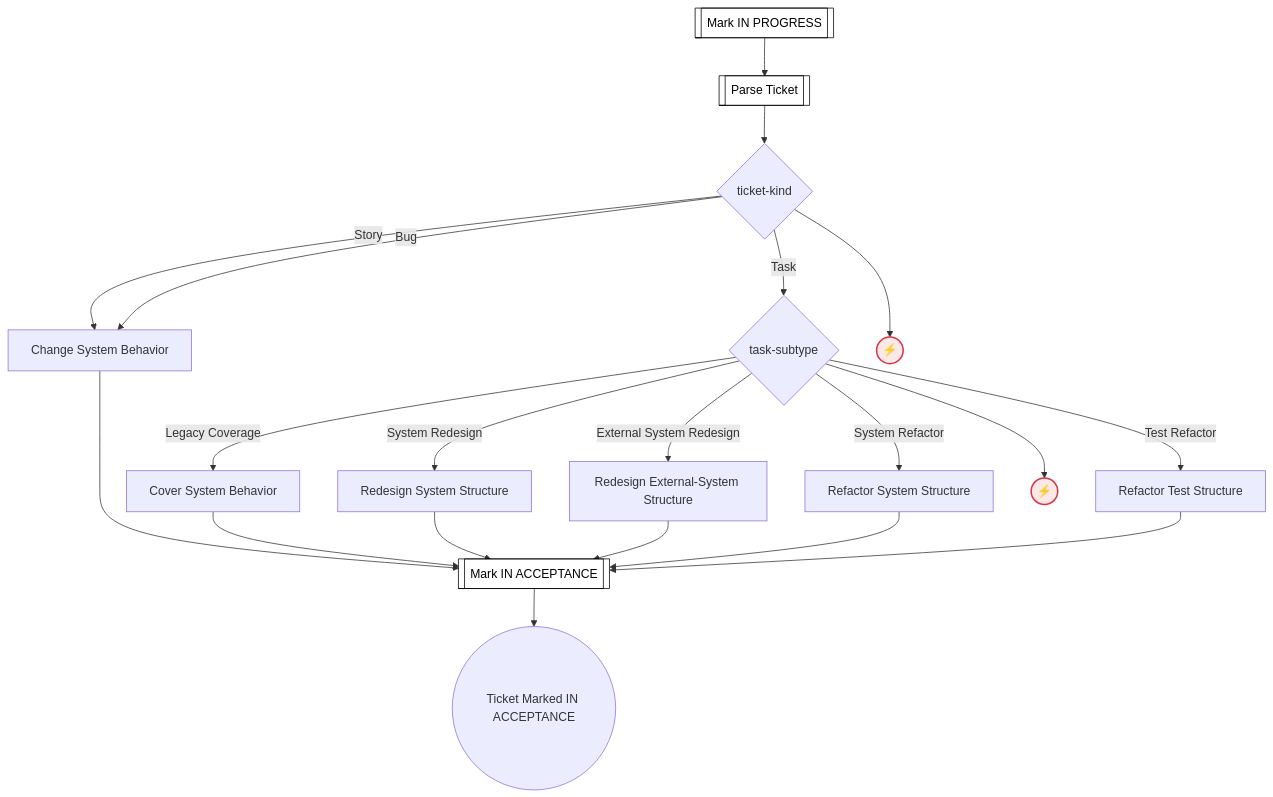
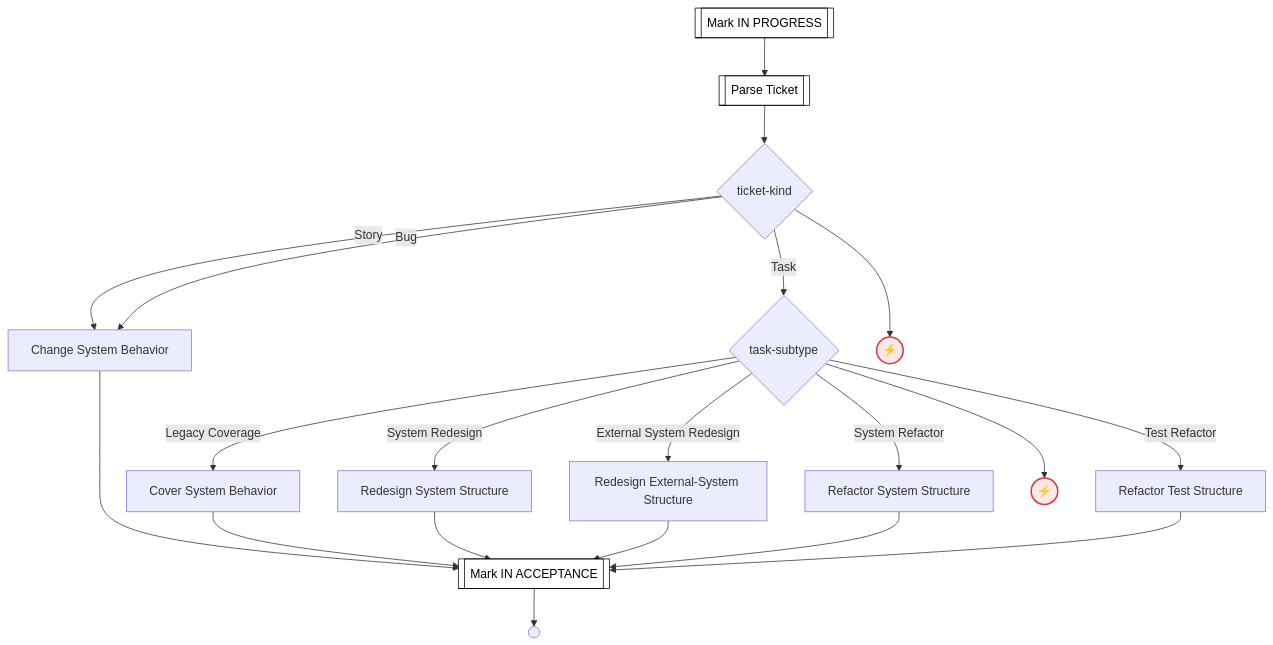
Before and after one commit to optivem/gh-optivem: the fourth of 53 diagrams in docs/process-diagram.md, drawn with Mermaid. The commit also changed other lines of this file and 1 other file, not shown here.

````diff
--- a/docs/process-diagram.md
+++ b/docs/process-diagram.md
@@ -91,43 +89,43 @@
 ```mermaid
 flowchart TD
     CHANGE_SYSTEM_BEHAVIOR[Change System Behavior]
     COVER_SYSTEM_BEHAVIOR[Cover System Behavior]
     GATE_TASK_SUBTYPE{task-subtype}
     GATE_TICKET_KIND{ticket-kind}
-    IMPLEMENT_TICKET_END((Ticket Marked IN ACCEPTANCE))
+    IMPLEMENT_TICKET_END(( ))
     MARK_IN_ACCEPTANCE[[Mark IN ACCEPTANCE]]
     MARK_IN_PROGRESS[[Mark IN PROGRESS]]
     PARSE_TICKET[[Parse Ticket]]
     REDESIGN_EXTERNAL_SYSTEM_STRUCTURE[Redesign External-System Structure]
     REDESIGN_SYSTEM_STRUCTURE[Redesign System Structure]
     REFACTOR_SYSTEM_STRUCTURE[Refactor System Structure]
     REFACTOR_TEST_STRUCTURE[Refactor Test Structure]
     UNKNOWN_TASK_SUBTYPE((⚡))
     UNKNOWN_TICKET_KIND((⚡))
 
     MARK_IN_PROGRESS --> PARSE_TICKET
     PARSE_TICKET --> GATE_TICKET_KIND
     GATE_TICKET_KIND -- Story --> CHANGE_SYSTEM_BEHAVIOR
     GATE_TICKET_KIND -- Bug --> CHANGE_SYSTEM_BEHAVIOR
     GATE_TICKET_KIND -- Task --> GATE_TASK_SUBTYPE
     GATE_TICKET_KIND --> UNKNOWN_TICKET_KIND
     GATE_TASK_SUBTYPE -- Legacy Coverage --> COVER_SYSTEM_BEHAVIOR
     GATE_TASK_SUBTYPE -- System Redesign --> REDESIGN_SYSTEM_STRUCTURE
     GATE_TASK_SUBTYPE -- External System Redesign --> REDESIGN_EXTERNAL_SYSTEM_STRUCTURE
     GATE_TASK_SUBTYPE -- System Refactor --> REFACTOR_SYSTEM_STRUCTURE
     GATE_TASK_SUBTYPE -- Test Refactor --> REFACTOR_TEST_STRUCTURE
     GATE_TASK_SUBTYPE --> UNKNOWN_TASK_SUBTYPE
     CHANGE_SYSTEM_BEHAVIOR --> MARK_IN_ACCEPTANCE
     COVER_SYSTEM_BEHAVIOR --> MARK_IN_ACCEPTANCE
     REDESIGN_SYSTEM_STRUCTURE --> MARK_IN_ACCEPTANCE
     REDESIGN_EXTERNAL_SYSTEM_STRUCTURE --> MARK_IN_ACCEPTANCE
     REFACTOR_SYSTEM_STRUCTURE --> MARK_IN_ACCEPTANCE
     REFACTOR_TEST_STRUCTURE --> MARK_IN_ACCEPTANCE
     MARK_IN_ACCEPTANCE --> IMPLEMENT_TICKET_END
 
     classDef serviceNode fill:#ffffff,stroke:#000000,stroke-width:1px,color:#000000
     class MARK_IN_ACCEPTANCE,MARK_IN_PROGRESS,PARSE_TICKET serviceNode
 
     classDef errorEndNode fill:#fbe9e7,stroke:#dc3545,stroke-width:2px,color:#000000
     class UNKNOWN_TASK_SUBTYPE,UNKNOWN_TICKET_KIND errorEndNode
 ```
````
